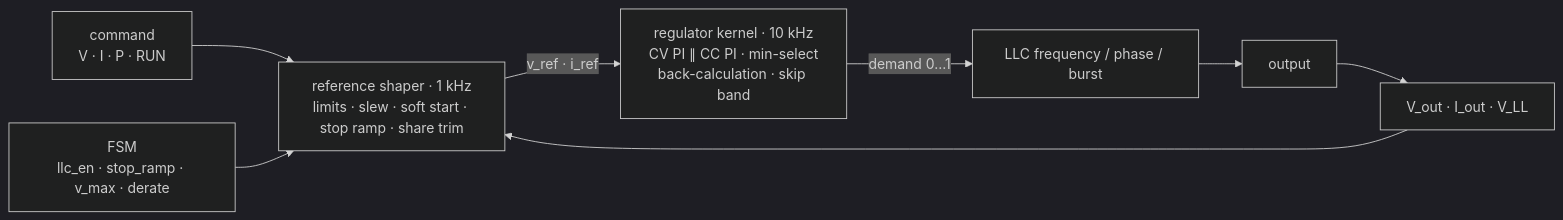
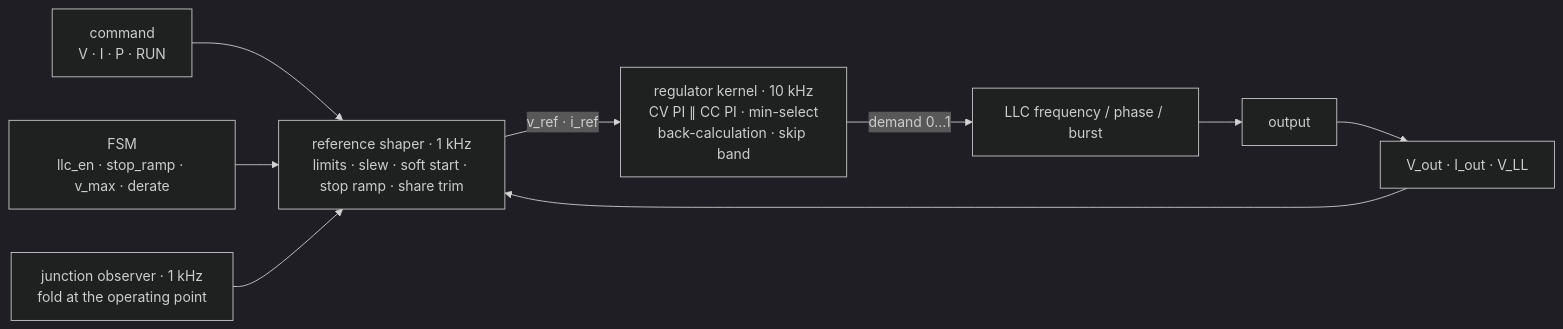
Before and after one commit to vectivolt/DC-Modules: the fifth of 5 diagrams in docs/firmware-architecture.md, drawn with Mermaid (dark theme). The commit also changed other lines of this file and 802 other files, not shown here.

````diff
--- a/docs/firmware-architecture.md
+++ b/docs/firmware-architecture.md
@@ -347,10 +314,11 @@
 ```mermaid
 flowchart LR
   CMD["command<br/>V · I · P · RUN"] --> SH["reference shaper · 1 kHz<br/>limits · slew · soft start · stop ramp · share trim"]
   FSM["FSM<br/>llc_en · stop_ramp · v_max · derate"] --> SH
+  DIE["junction observer · 1 kHz<br/>fold at the operating point"] --> SH
   MEAS["V_out · I_out · V_LL"] --> SH
   SH -->|v_ref · i_ref| REG["regulator kernel · 10 kHz<br/>CV PI ∥ CC PI · min-select<br/>back-calculation · skip band"]
   REG -->|demand 0…1| LLC["LLC frequency / phase / burst"]
   LLC --> OUT["output"]
   OUT --> MEAS
 ```
````
